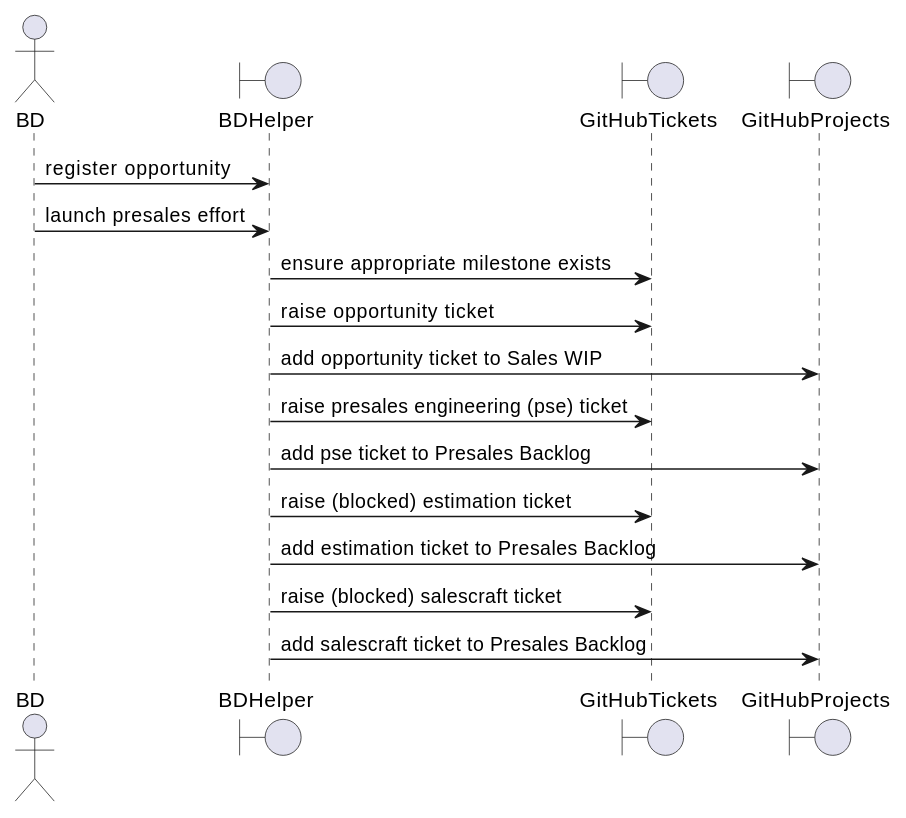
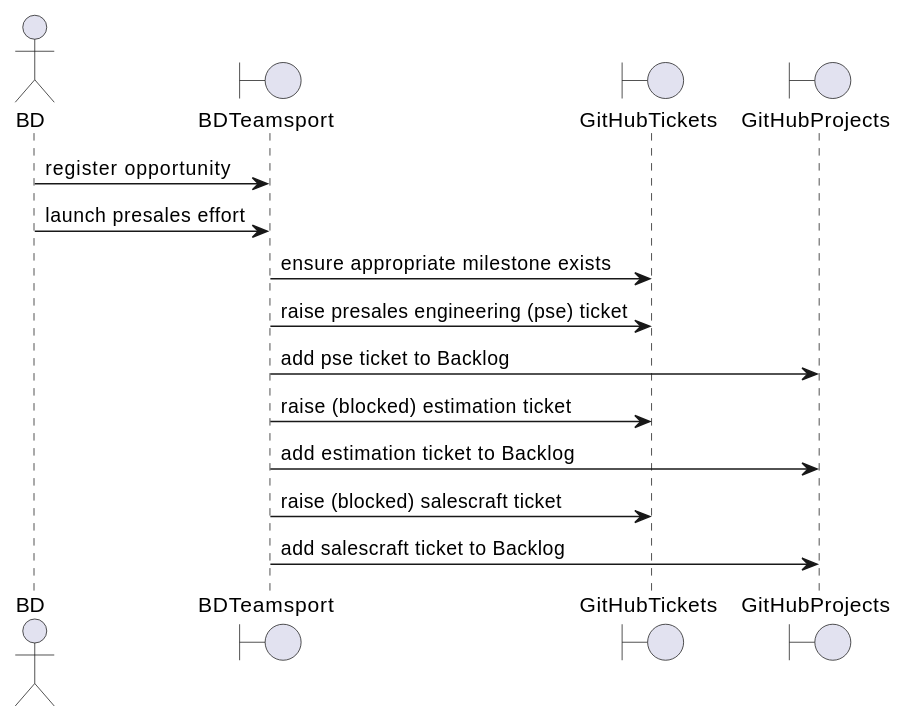
One commit to monkeypants/bd-teamsport changed the first of 4 diagrams in docs/processes.rst. Above: the diagram before and after it, drawn with PlantUML. The commit also changed other lines of this file and 1 other file, not shown here.

```diff
--- a/docs/processes.rst
+++ b/docs/processes.rst
@@ -4,18 +40,16 @@
 .. uml::
 
    actor BD
-   boundary BDHelper
+   boundary BDTeamsport
    boundary GitHubTickets
    boundary GitHubProjects
 
-   BD -> BDHelper: register opportunity
-   BD -> BDHelper: launch presales effort
-   BDHelper -> GitHubTickets: ensure appropriate milestone exists
-   BDHelper -> GitHubTickets: raise opportunity ticket
-   BDHelper -> GitHubProjects: add opportunity ticket to Sales WIP
-   BDHelper -> GitHubTickets: raise presales engineering (pse) ticket
-   BDHelper -> GitHubProjects: add pse ticket to Presales Backlog
-   BDHelper -> GitHubTickets: raise (blocked) estimation ticket
-   BDHelper -> GitHubProjects: add estimation ticket to Presales Backlog
-   BDHelper -> GitHubTickets: raise (blocked) salescraft ticket
-   BDHelper -> GitHubProjects: add salescraft ticket to Presales Backlog
+   BD -> BDTeamsport: register opportunity
+   BD -> BDTeamsport: launch presales effort
+   BDTeamsport -> GitHubTickets: ensure appropriate milestone exists
+   BDTeamsport -> GitHubTickets: raise presales engineering (pse) ticket
+   BDTeamsport -> GitHubProjects: add pse ticket to Backlog
+   BDTeamsport -> GitHubTickets: raise (blocked) estimation ticket
+   BDTeamsport -> GitHubProjects: add estimation ticket to Backlog
+   BDTeamsport -> GitHubTickets: raise (blocked) salescraft ticket
+   BDTeamsport -> GitHubProjects: add salescraft ticket to Backlog
```
